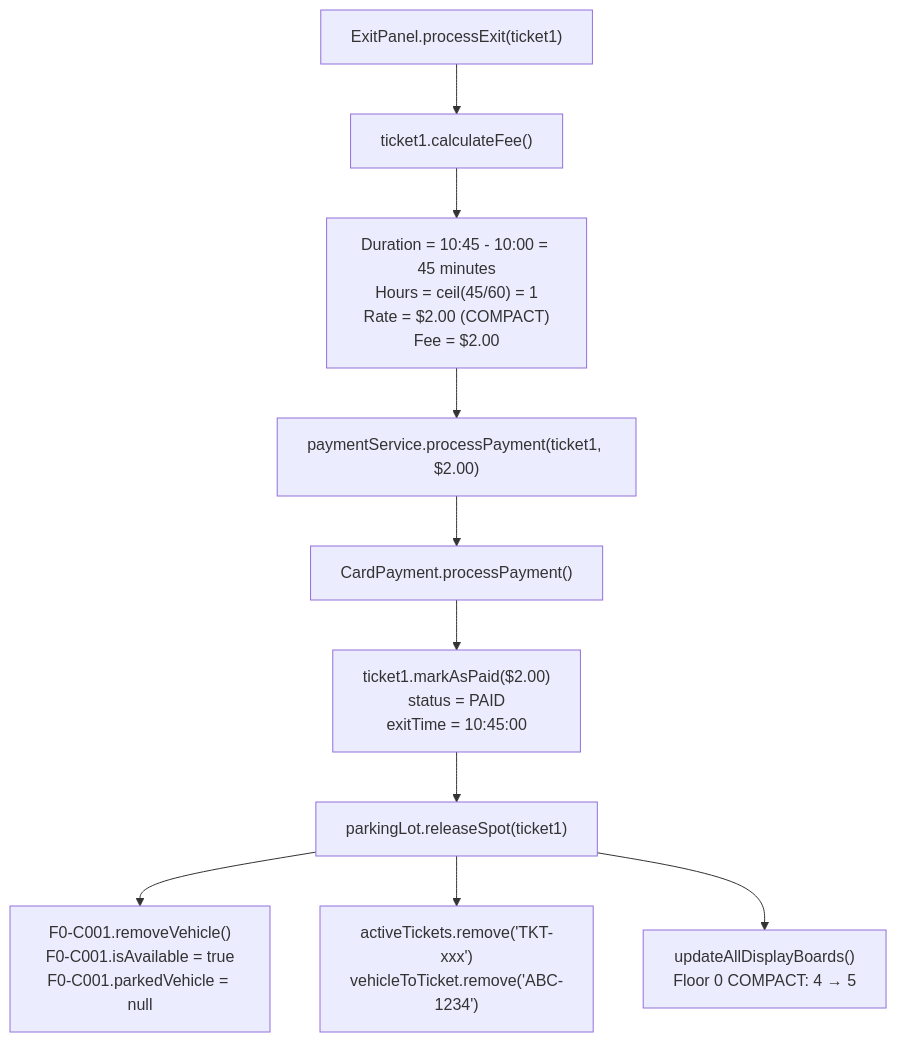
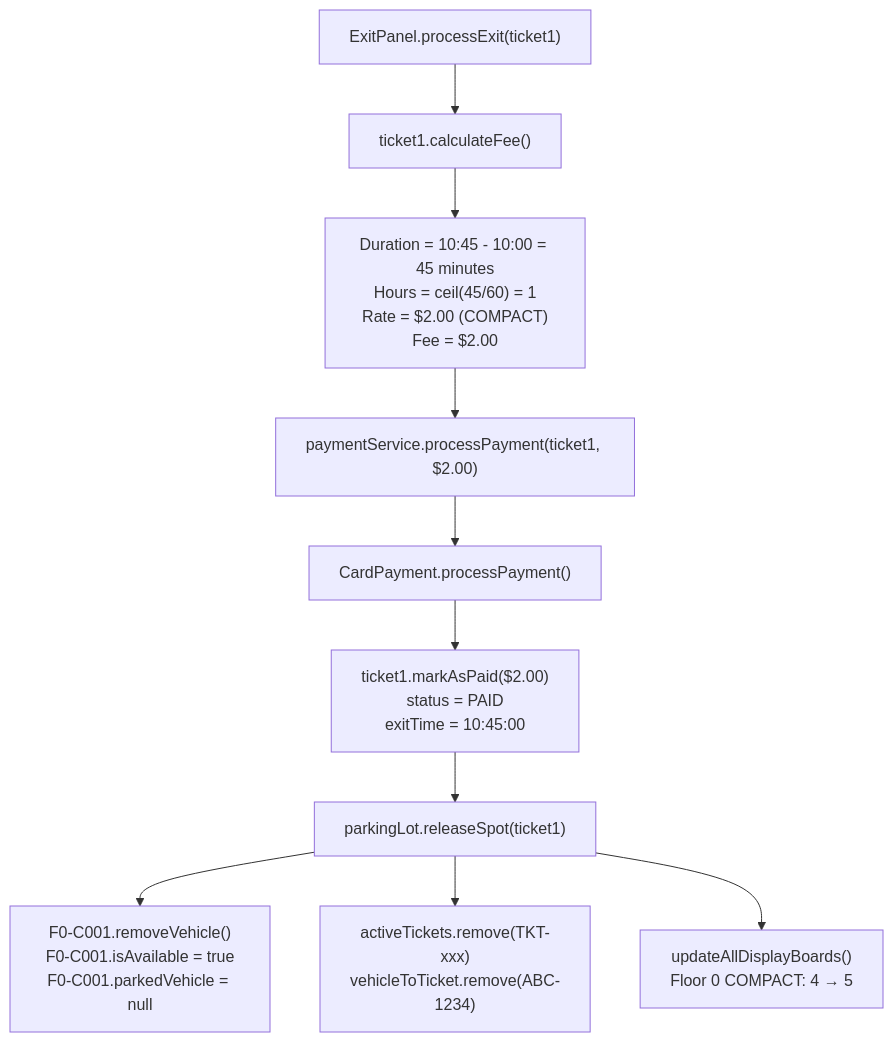
The fourth of 9 diagrams in Phase-08-Low-Level-Design/01-parking-lot/03-simulation-testing.md (Prateeshtalasu/SystemDesignGuide), drawn with Mermaid before and after one commit. The commit also changed other lines of this file and 171 other files, not shown here.

Commit message:
Convert ASCII diagrams to Mermaid in Phase-08-Low-Level-Design - Converted 2 ASCII diagrams (library-management state transition, elevator-system class diagram) to Mermaid - Validated all 100 existing Mermaid diagrams - Wrapped ASCII diagrams in collapsible details blocks for reference

````diff
--- a/Phase-08-Low-Level-Design/01-parking-lot/03-simulation-testing.md
+++ b/Phase-08-Low-Level-Design/01-parking-lot/03-simulation-testing.md
@@ -143,18 +187,18 @@
 ```mermaid
 flowchart TD
     A["ExitPanel.processExit(ticket1)"]
     B["ticket1.calculateFee()"]
     C["Duration = 10:45 - 10:00 = 45 minutes<br/>Hours = ceil(45/60) = 1<br/>Rate = $2.00 (COMPACT)<br/>Fee = $2.00"]
     D["paymentService.processPayment(ticket1, $2.00)"]
     E["CardPayment.processPayment()"]
     F["ticket1.markAsPaid($2.00)<br/>status = PAID<br/>exitTime = 10:45:00"]
     G["parkingLot.releaseSpot(ticket1)"]
     H["F0-C001.removeVehicle()<br/>F0-C001.isAvailable = true<br/>F0-C001.parkedVehicle = null"]
-    I["activeTickets.remove('TKT-xxx')<br/>vehicleToTicket.remove('ABC-1234')"]
+    I["activeTickets.remove(TKT-xxx)<br/>vehicleToTicket.remove(ABC-1234)"]
     J["updateAllDisplayBoards()<br/>Floor 0 COMPACT: 4 → 5"]
 
     A --> B --> C --> D --> E --> F --> G
     G --> H
     G --> I
     G --> J
 ```
````
